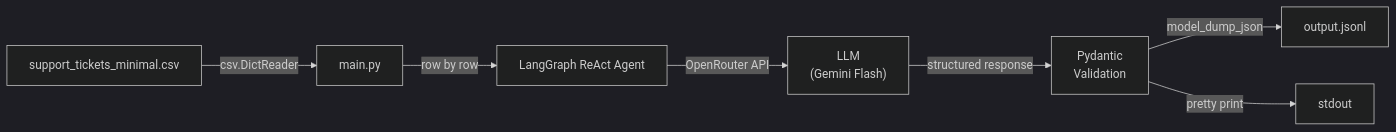
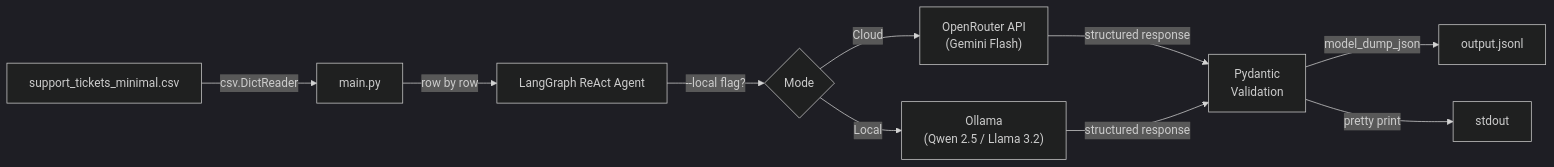
Before and after one commit to yetkineser/VBO_AI_Engineering: the first of 3 diagrams in week5-structured-output/README.md, drawn with Mermaid (dark theme). The commit also changed other lines of this file, not shown here.

Commit message:
Update week5 README with local model support and comparison table

````diff
--- a/week5-structured-output/README.md
+++ b/week5-structured-output/README.md
@@ -7,9 +9,12 @@
 ```mermaid
 flowchart LR
     A["support_tickets_minimal.csv"] -->|csv.DictReader| B["main.py"]
     B -->|row by row| C["LangGraph ReAct Agent"]
-    C -->|OpenRouter API| D["LLM\n(Gemini Flash)"]
-    D -->|structured response| E["Pydantic\nValidation"]
-    E -->|model_dump_json| F["output.jsonl"]
-    E -->|pretty print| G["stdout"]
+    C -->|"--local flag?"| D{Mode}
+    D -->|Cloud| E["OpenRouter API\n(Gemini Flash)"]
+    D -->|Local| F["Ollama\n(Qwen 2.5 / Llama 3.2)"]
+    E -->|structured response| G["Pydantic\nValidation"]
+    F -->|structured response| G
+    G -->|model_dump_json| H["output.jsonl"]
+    G -->|pretty print| I["stdout"]
 ```
````
